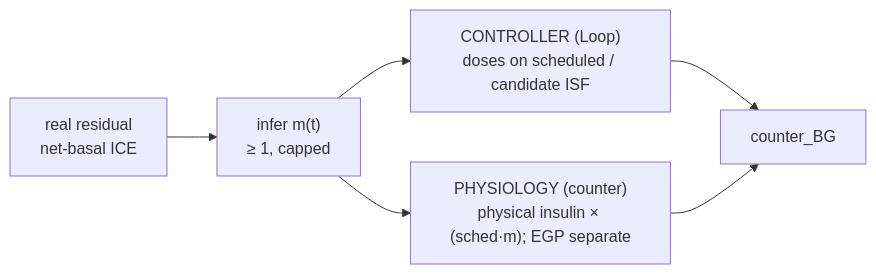
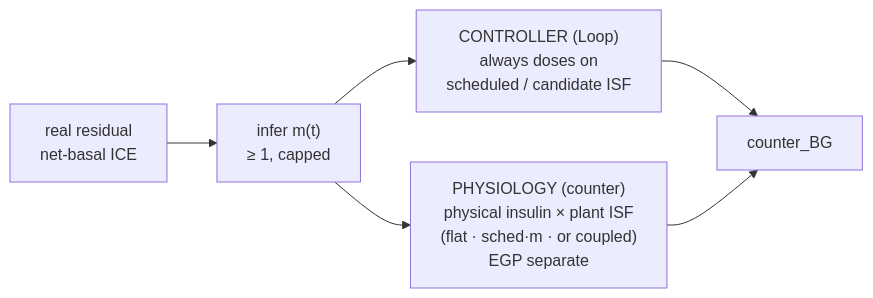
Before and after one commit to loopkitdev/LoopEval: the third of 3 diagrams in docs/simulator-guide/README.md, drawn with Mermaid. The commit also changed other lines of this file and 4 other files, not shown here.

````diff
--- a/docs/simulator-guide/README.md
+++ b/docs/simulator-guide/README.md
@@ -438,8 +588,8 @@
 ```mermaid
 flowchart LR
     A["real residual<br/>net-basal ICE"] --> B["infer m(t)<br/>≥ 1, capped"]
-    B --> C["CONTROLLER (Loop)<br/>doses on scheduled / candidate ISF"]
-    B --> D["PHYSIOLOGY (counter)<br/>physical insulin × (sched·m); EGP separate"]
+    B --> C["CONTROLLER (Loop)<br/>always doses on<br/>scheduled / candidate ISF"]
+    B --> D["PHYSIOLOGY (counter)<br/>physical insulin × plant ISF<br/>(flat · sched·m · or coupled)<br/>EGP separate"]
     C --> E["counter_BG"]
     D --> E
 ```
````
